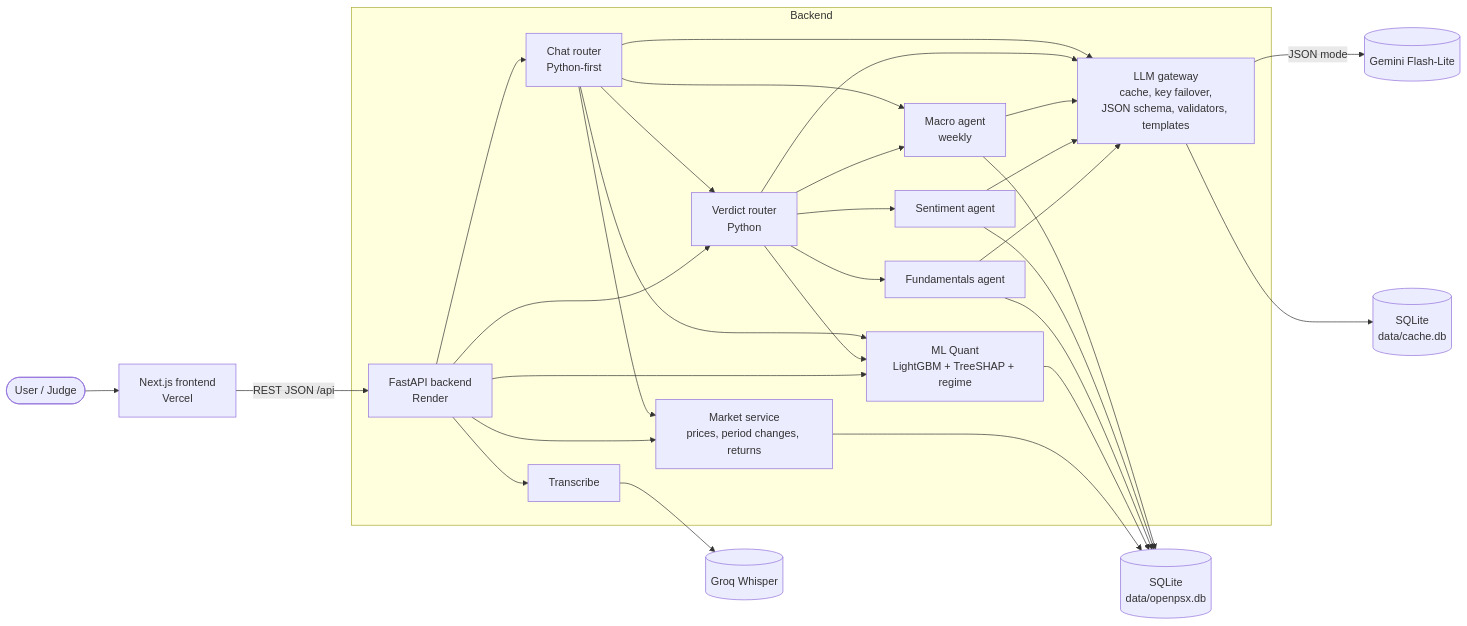
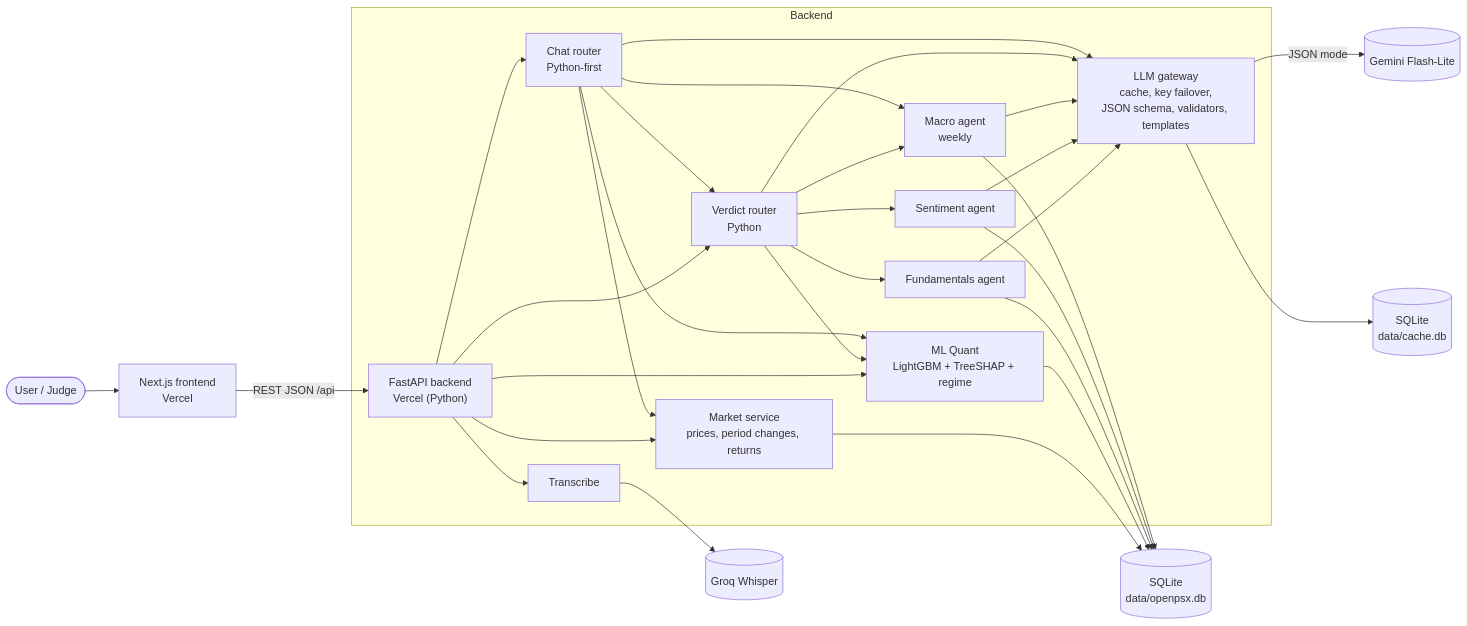
Before and after one commit to haiderhkhan/OpenPSX: the first of 6 diagrams in docs/ARCHITECTURE.md, drawn with Mermaid. The commit also changed other lines of this file and 13 other files, not shown here.

Commit message:
[P8-02] Vercel is the sole public deploy (D-71): fix Render claims; two-project checklist; voice off

````diff
--- a/docs/ARCHITECTURE.md
+++ b/docs/ARCHITECTURE.md
@@ -15,35 +15,35 @@
 ```mermaid
 flowchart LR
   user(["User / Judge"]) --> fe["Next.js frontend<br/>Vercel"]
-  fe -->|"REST JSON /api"| api["FastAPI backend<br/>Render"]
+  fe -->|"REST JSON /api"| api["FastAPI backend<br/>Vercel (Python)"]
 
   subgraph BE["Backend"]
     api --> market["Market service<br/>prices, period changes, returns"]
     api --> quant["ML Quant<br/>LightGBM + TreeSHAP + regime"]
     api --> verdict["Verdict router<br/>Python"]
     api --> chat["Chat router<br/>Python-first"]
     api --> voice["Transcribe"]
     verdict --> quant
     verdict --> fund["Fundamentals agent"]
     verdict --> sent["Sentiment agent"]
     verdict --> macro["Macro agent<br/>weekly"]
     chat --> market
     chat --> quant
     chat --> verdict
     chat --> macro
     fund --> llm["LLM gateway<br/>cache, key failover,<br/>JSON schema, validators, templates"]
     sent --> llm
     macro --> llm
     verdict --> llm
     chat --> llm
   end
 
   llm -->|"JSON mode"| gemini[("Gemini Flash-Lite")]
   voice --> groq[("Groq Whisper")]
   market --> db[("SQLite<br/>data/openpsx.db")]
   quant --> db
   fund --> db
   sent --> db
   macro --> db
   llm --> cache[("SQLite<br/>data/cache.db")]
 ```
````
